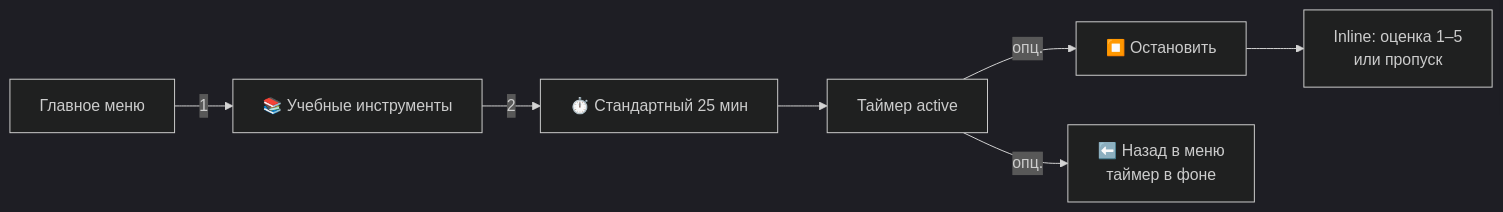
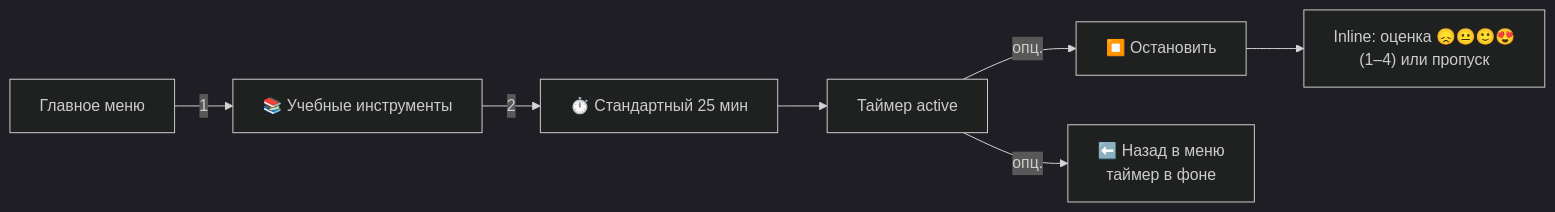
One commit to zerocious/Palph changed the third of 10 diagrams in user-flows.md. Above: the diagram before and after it, drawn with Mermaid (dark theme). The commit also changed other lines of this file and 6 other files, not shown here.

````diff
--- a/user-flows.md
+++ b/user-flows.md
@@ -103,9 +107,9 @@
 ```mermaid
 flowchart LR
     M["Главное меню"] -->|1| S["📚 Учебные инструменты"]
     S -->|2| T25["⏱️ Стандартный 25 мин"]
     T25 --> RUN["Таймер active"]
     RUN -->|опц.| STOP["⏹️ Остановить"]
     RUN -->|опц.| BACK["⬅️ Назад в меню<br/>таймер в фоне"]
-    STOP --> RATE["Inline: оценка 1–5<br/>или пропуск"]
+    STOP --> RATE["Inline: оценка 😞😐🙂😍<br/>(1–4) или пропуск"]
 ```
````
